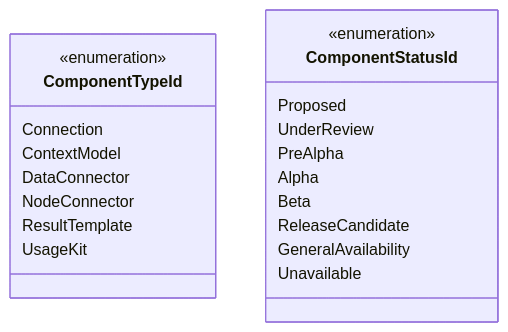
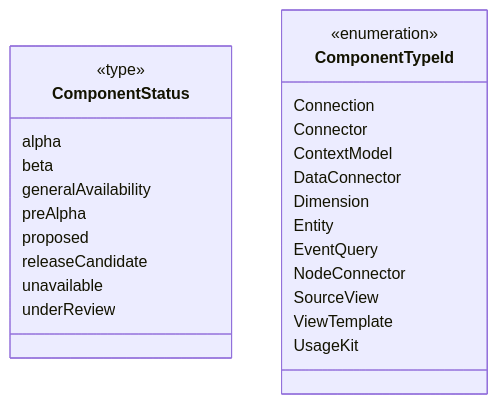
One commit to data-positioning/datapos-shared changed the second of 10 diagrams in README.md. Above: the diagram before and after it, drawn with Mermaid. The commit also changed other lines of this file and 7 other files, not shown here.

````diff
--- a/README.md
+++ b/README.md
@@ -46,26 +38,31 @@
 ```mermaid
 classDiagram
     direction TB
 
+    class ComponentStatus {
+        <<type>>
+        alpha
+        beta
+        generalAvailability
+        preAlpha
+        proposed
+        releaseCandidate
+        unavailable
+        underReview
+    }
+
     class ComponentTypeId {
         <<enumeration>>
         Connection
+        Connector
         ContextModel
         DataConnector
+        Dimension
+        Entity
+        EventQuery
         NodeConnector
-        ResultTemplate
+        SourceView
+        ViewTemplate
         UsageKit
     }
-
-    class ComponentStatusId {
-        <<enumeration>>
-        Proposed
-        UnderReview
-        PreAlpha
-        Alpha
-        Beta
-        ReleaseCandidate
-        GeneralAvailability
-        Unavailable
-    }
 ```
````
